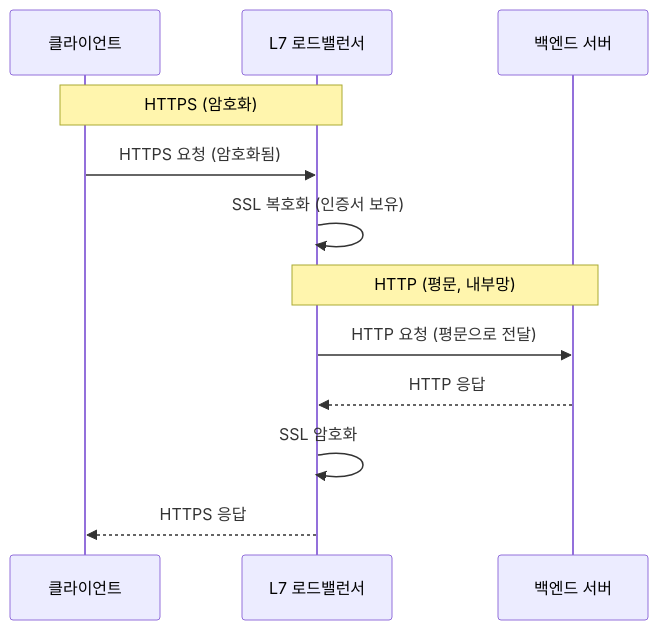
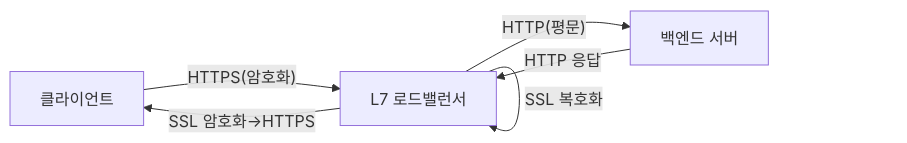
The third of 8 diagrams in _posts/network/2026-05-01-load-balancer.md (yjkim2015/yjkim2015.github.io), drawn with Mermaid before and after one commit. The commit also changed 32 other files, not shown here.

First line of the commit message:
sequenceDiagram 82개 → graph LR 변환 완료

````diff
--- a/_posts/network/2026-05-01-load-balancer.md
+++ b/_posts/network/2026-05-01-load-balancer.md
@@ -245,14 +245,8 @@
 ```mermaid
-sequenceDiagram
-    participant C as 클라이언트
-    participant LB as L7 로드밸런서
-    participant S as 백엔드 서버
-    Note over C,LB: HTTPS (암호화)
-    C->>LB: HTTPS 요청 (암호화됨)
-    LB->>LB: SSL 복호화 (인증서 보유)
-    Note over LB,S: HTTP (평문, 내부망)
-    LB->>S: HTTP 요청 (평문으로 전달)
-    S-->>LB: HTTP 응답
-    LB->>LB: SSL 암호화
-    LB-->>C: HTTPS 응답
+graph LR
+    C["클라이언트"] -->|"HTTPS(암호화)"| LB["L7 로드밸런서"]
+    LB -->|"SSL 복호화"| LB
+    LB -->|"HTTP(평문)"| S["백엔드 서버"]
+    S -->|"HTTP 응답"| LB
+    LB -->|"SSL 암호화→HTTPS"| C
 ```
````
